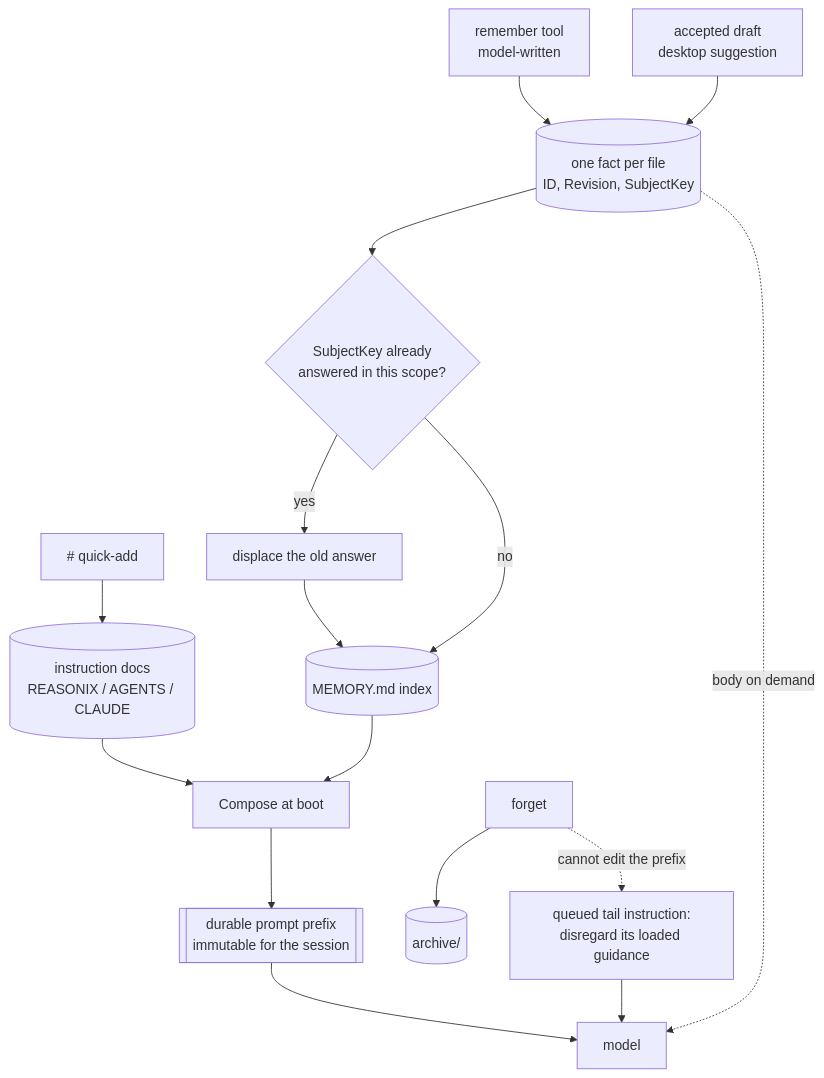
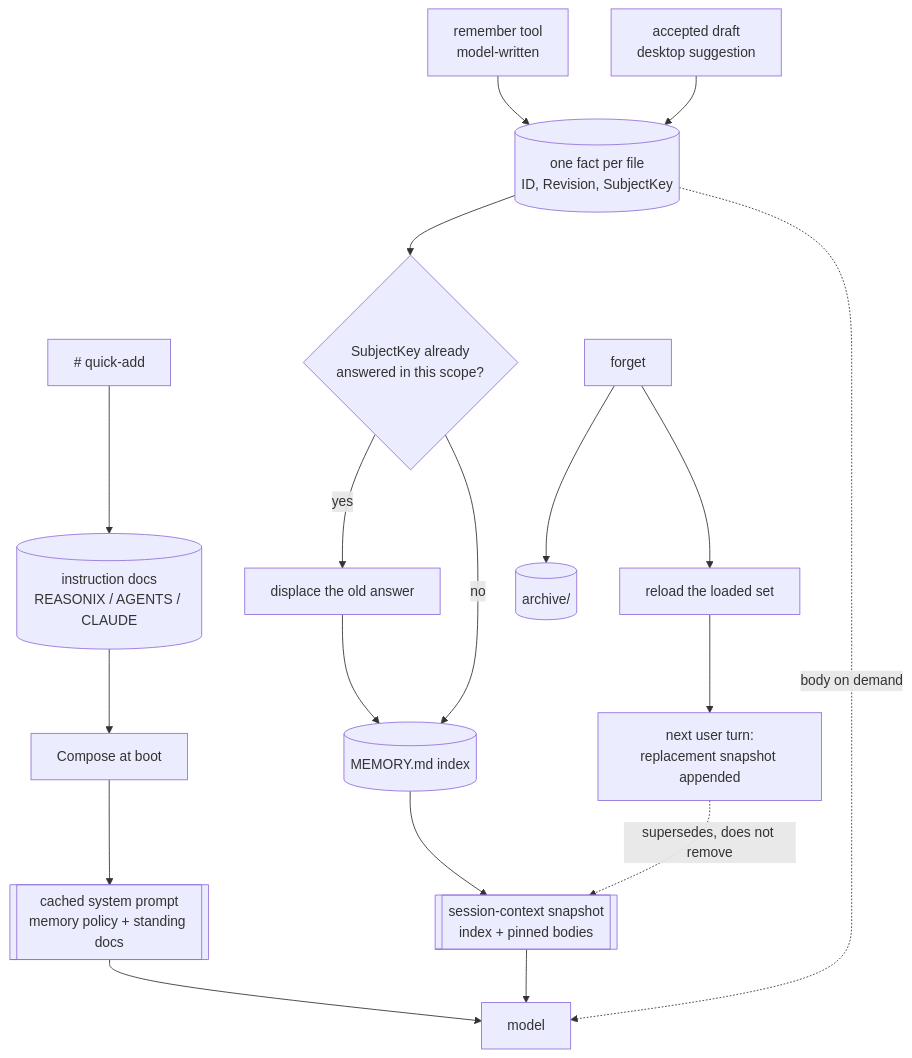
The diagram in content/systems/reasonix.md (neoneye/agent-memory-atlas), drawn with Mermaid before and after one commit. The commit also changed other lines of this file and 15 other files, not shown here.

Commit message:
Reasonix re-pinned at e4bfeb6: memory index moved out of the cached prefix into a replaceable session-context snapshot; scope_enforced withdrawn (directory partition); two marks

````diff
--- a/content/systems/reasonix.md
+++ b/content/systems/reasonix.md
@@ -95,19 +101,21 @@
 ```mermaid
-%% caption: the store is editable and the loaded copy is not, so a mid-session forget is an instruction rather than a removal
+%% caption: the cached system prompt carries only policy and standing docs, while the index travels in session-context snapshots that a write replaces on the next user turn
 flowchart TD
     W["remember tool<br/>model-written"] --> F[("one fact per file<br/>ID, Revision, SubjectKey")]
     A["accepted draft<br/>desktop suggestion"] --> F
     Q["# quick-add"] --> D[("instruction docs<br/>REASONIX / AGENTS / CLAUDE")]
     F --> SUB{"SubjectKey already<br/>answered in this scope?"}
     SUB -- "yes" --> DISP["displace the old answer"]
     SUB -- "no" --> IDX
     DISP --> IDX[("MEMORY.md index")]
-    D --> BOOT
-    IDX --> BOOT["Compose at boot"]
-    BOOT --> PREFIX[["durable prompt prefix<br/>immutable for the session"]]
+    D --> BOOT["Compose at boot"]
+    BOOT --> PREFIX[["cached system prompt<br/>memory policy + standing docs"]]
     PREFIX --> MODEL["model"]
+    IDX --> SNAP[["session-context snapshot<br/>index + pinned bodies"]]
+    SNAP --> MODEL
     F -. "body on demand" .-> MODEL
     FG["forget"] --> ARCH[("archive/")]
-    FG -. "cannot edit the prefix" .-> TAIL["queued tail instruction:<br/>disregard its loaded guidance"]
-    TAIL --> MODEL
+    FG --> RELOAD["reload the loaded set"]
+    RELOAD --> NEXT["next user turn:<br/>replacement snapshot appended"]
+    NEXT -. "supersedes, does not remove" .-> SNAP
 ```
````
